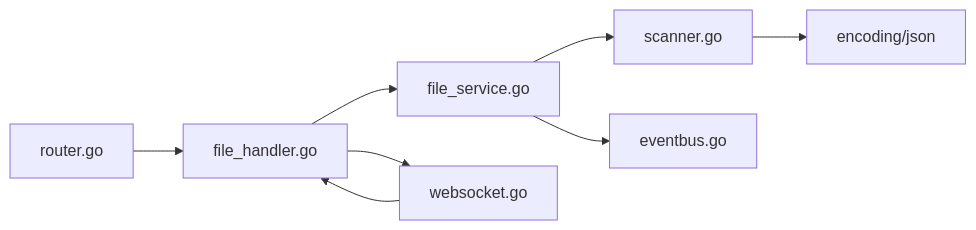
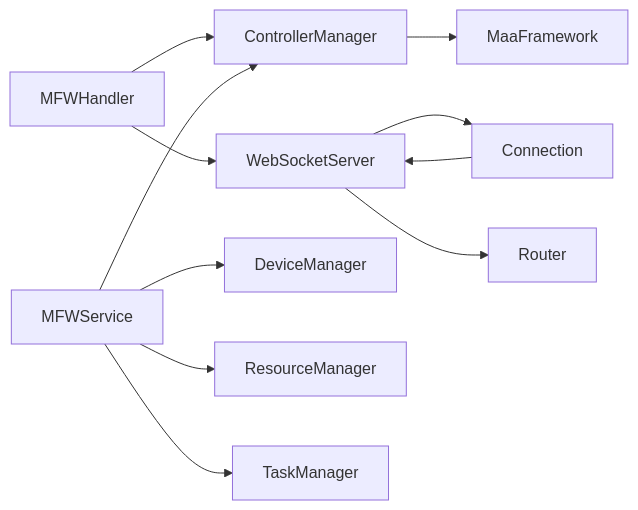
One commit to kqcoxn/MaaPipelineEditor changed the third of 3 diagrams in .qoder/repowiki/zh/content/开发者指南/LocalBridge 通信协议.md. Above: the diagram before and after it, drawn with Mermaid. The commit also changed other lines of this file and 10 other files, not shown here.

````diff
--- a/.qoder/repowiki/zh/content/开发者指南/LocalBridge 通信协议.md
+++ b/.qoder/repowiki/zh/content/开发者指南/LocalBridge 通信协议.md
@@ -217,10 +268,13 @@
 ```mermaid
 graph LR
-FH["file_handler.go"] --> FS["file_service.go"]
-FH --> WS["websocket.go"]
-FS --> SC["scanner.go"]
-FS --> EB["eventbus.go"]
-SC --> JSON["encoding/json"]
-WS --> FH
-RT["router.go"] --> FH
+MFWH["MFWHandler"] --> CM["ControllerManager"]
+MFWH --> WS["WebSocketServer"]
+CM --> MF["MaaFramework"]
+WS --> CONN["Connection"]
+WS --> RT["Router"]
+CONN --> WS
+MS["MFWService"] --> CM
+MS --> DM["DeviceManager"]
+MS --> RM["ResourceManager"]
+MS --> TM["TaskManager"]
 ```
````
